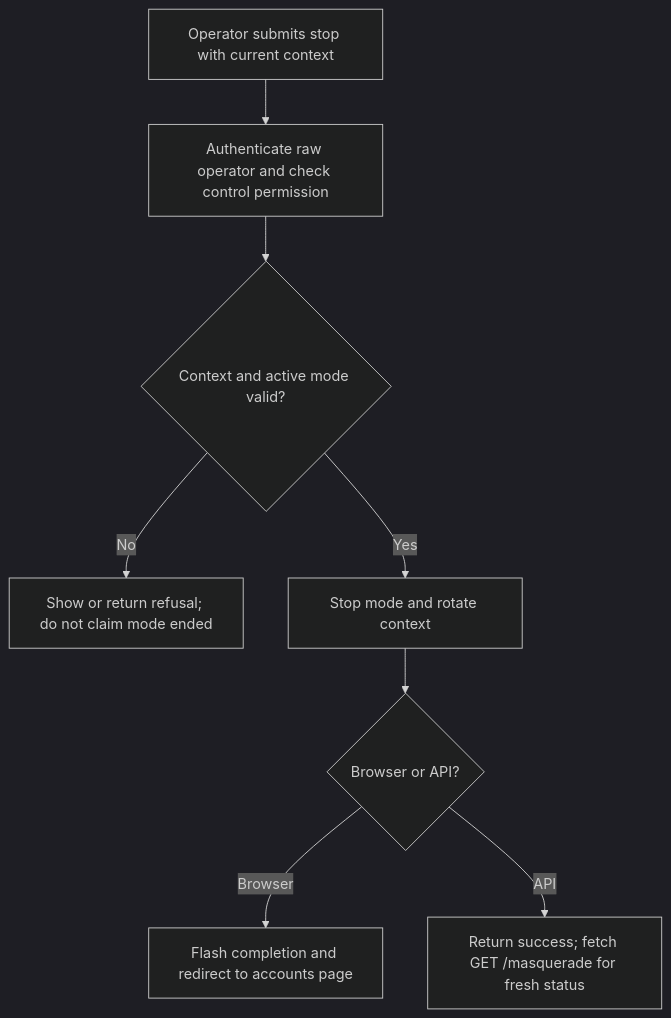
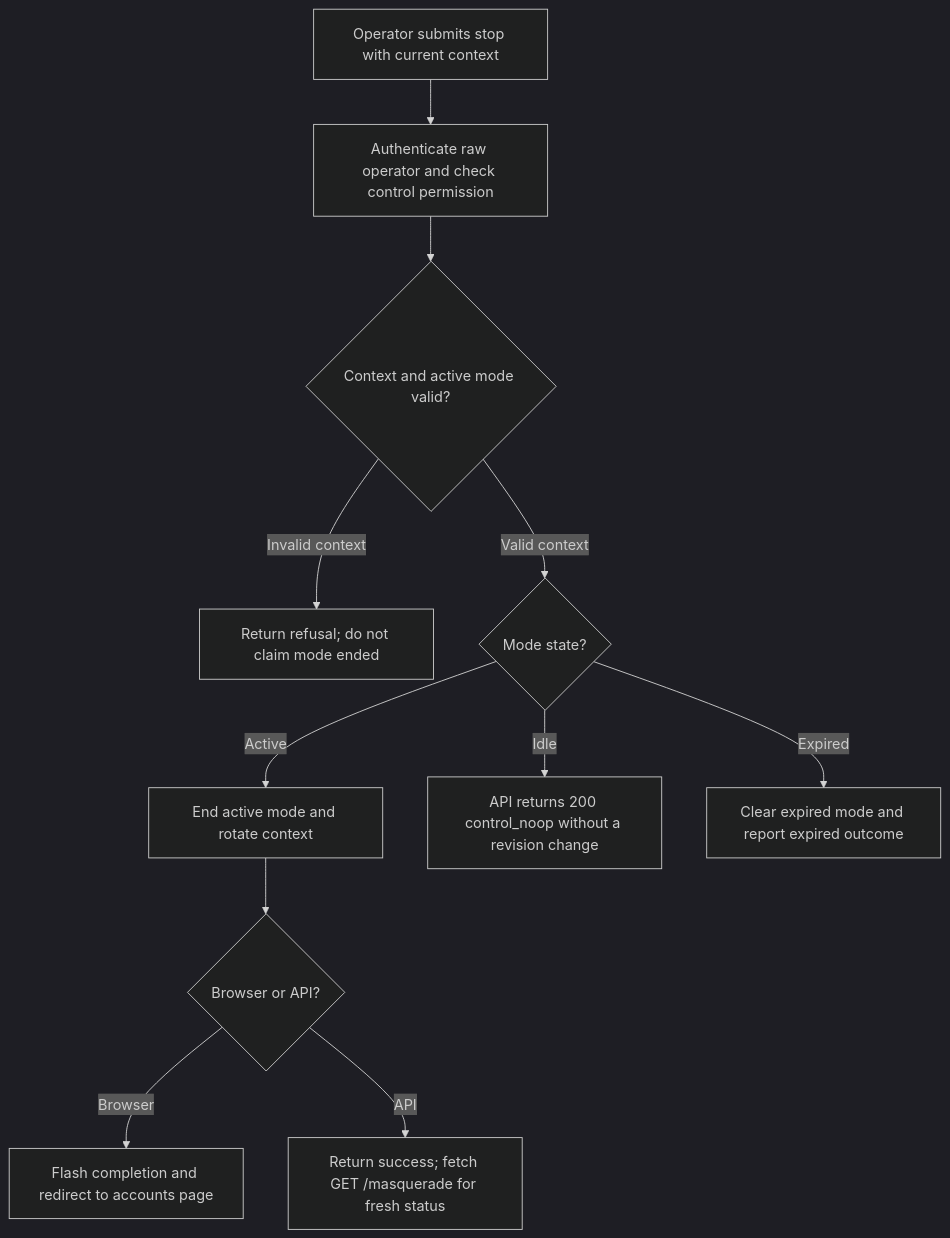
One commit to Kevinjohn/oss-adonisjs-starter-examples changed the first of 2 diagrams in user-stories/support/us-masq-04-stop-support-mode.md. Above: the diagram before and after it, drawn with Mermaid (dark theme). The commit also changed other lines of this file and 5 other files, not shown here.

````diff
--- a/user-stories/support/us-masq-04-stop-support-mode.md
+++ b/user-stories/support/us-masq-04-stop-support-mode.md
@@ -25,10 +26,13 @@
 ```mermaid
 flowchart TD
     A["Operator submits stop with current context"] --> B["Authenticate raw operator and check control permission"]
     B --> C{"Context and active mode valid?"}
-    C -->|No| D["Show or return refusal; do not claim mode ended"]
-    C -->|Yes| E["Stop mode and rotate context"]
-    E --> F{"Browser or API?"}
-    F -->|Browser| G["Flash completion and redirect to accounts page"]
-    F -->|API| H["Return success; fetch GET /masquerade for fresh status"]
+    C -->|Invalid context| D["Return refusal; do not claim mode ended"]
+    C -->|Valid context| E{"Mode state?"}
+    E -->|Active| F["End active mode and rotate context"]
+    E -->|Idle| G["API returns 200 control_noop without a revision change"]
+    E -->|Expired| H["Clear expired mode and report expired outcome"]
+    F --> I{"Browser or API?"}
+    I -->|Browser| J["Flash completion and redirect to accounts page"]
+    I -->|API| K["Return success; fetch GET /masquerade for fresh status"]
 ```
````
